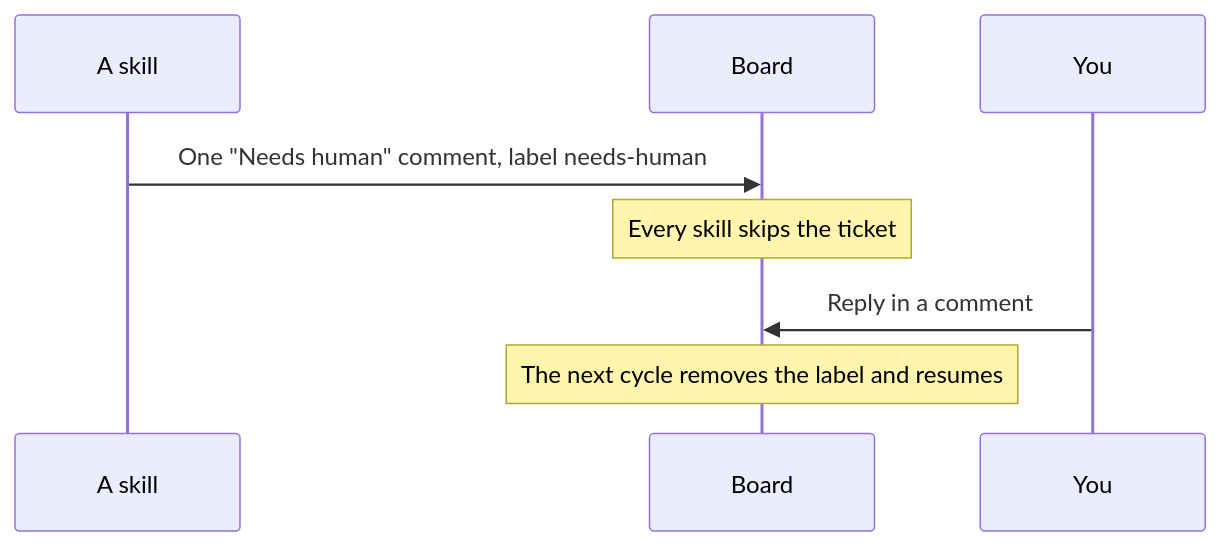
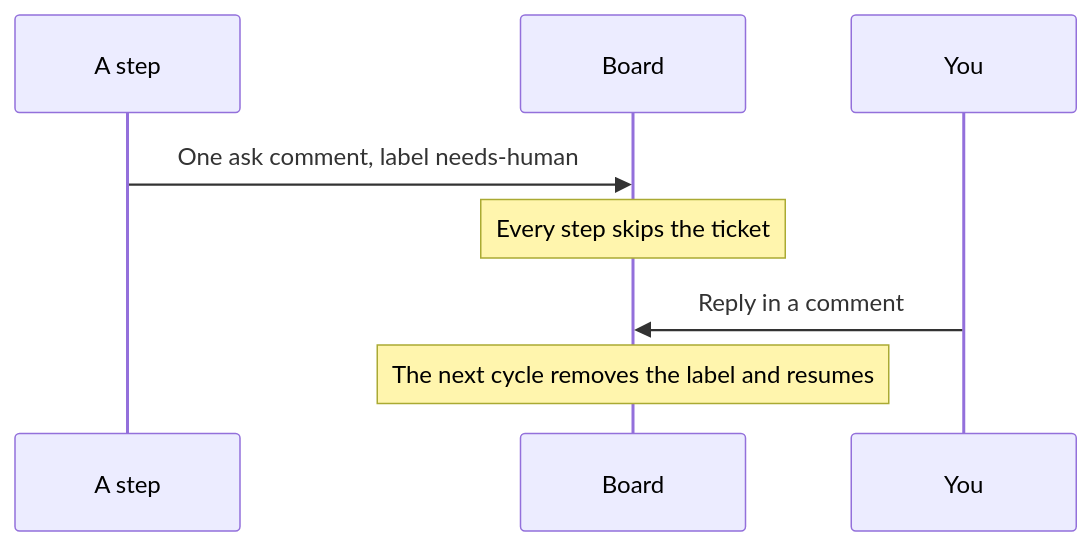
Before and after one commit to dmitriywind/agentic-sdlc: the diagram in docs/guide/3-your-part.md, drawn with Mermaid. The commit also changed other lines of this file and 40 other files, not shown here.

First line of the commit message:
The documents describe the one flow (#22)

````diff
--- a/docs/guide/3-your-part.md
+++ b/docs/guide/3-your-part.md
@@ -8,10 +9,10 @@
 ```mermaid
 sequenceDiagram
-  participant K as A skill
+  participant K as A step
   participant B as Board
   participant Y as You
-  K->>B: One "Needs human" comment, label needs-human
-  Note over B: Every skill skips the ticket
+  K->>B: One ask comment, label needs-human
+  Note over B: Every step skips the ticket
   Y->>B: Reply in a comment
   Note over B: The next cycle removes the label and resumes
 ```
````
